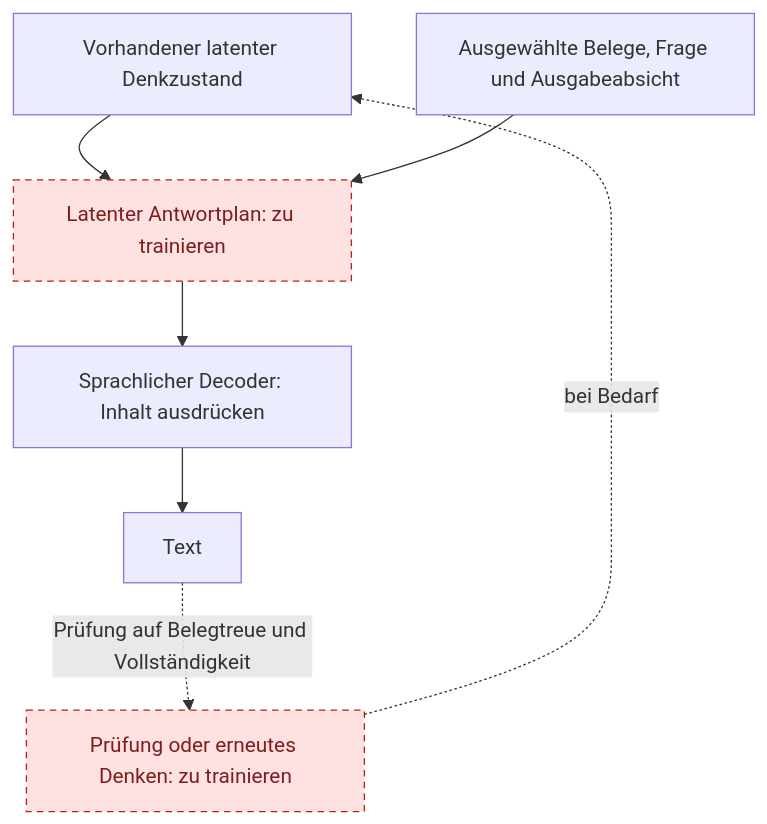
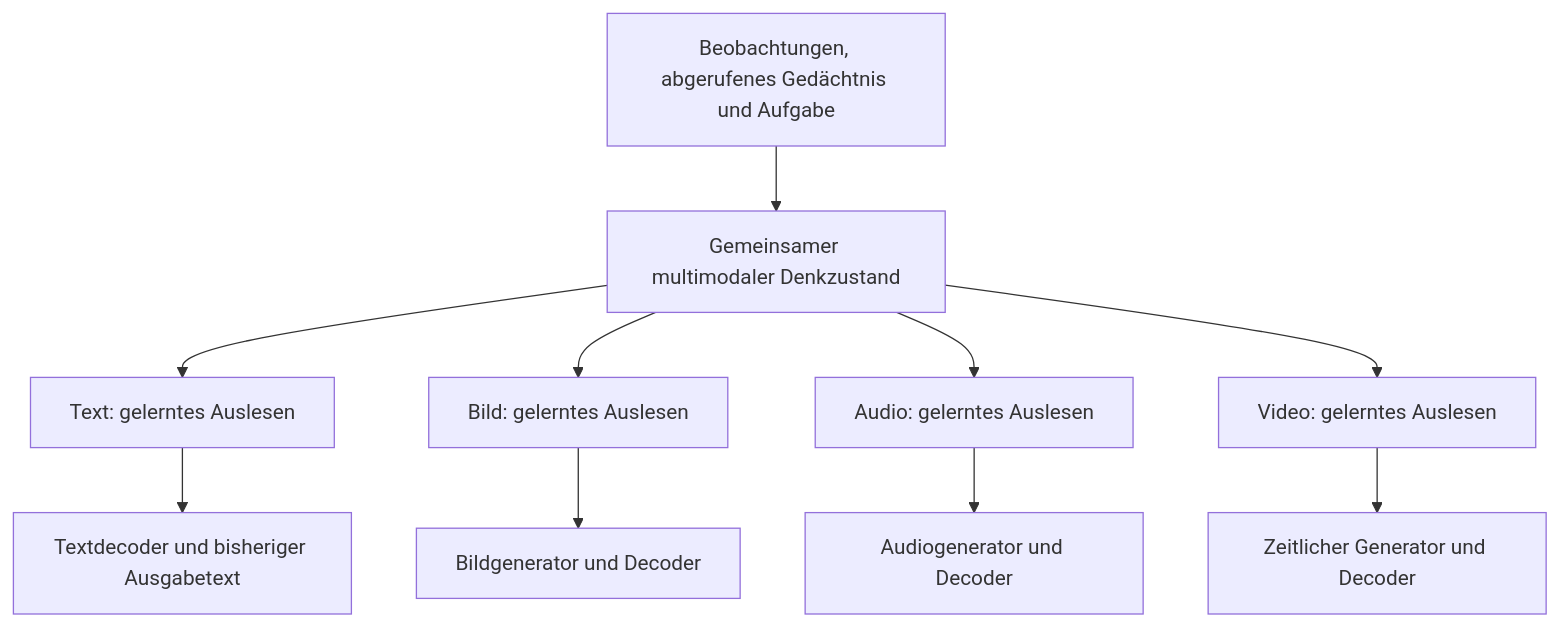
The third of 4 diagrams in docs/latent-core.md (intrinsicD/path-wm), drawn with Mermaid before and after one commit. The commit also changed other lines of this file and 8 other files, not shown here.

````diff
--- a/docs/latent-core.md
+++ b/docs/latent-core.md
@@ -82,11 +88,12 @@
 ```mermaid
 flowchart TD
-    W[Vorhandener latenter Denkzustand] --> P[Latenter Antwortplan: zu trainieren]
-    E[Ausgewählte Belege, Frage und Ausgabeabsicht] --> P
-    P --> L[Sprachlicher Decoder: Inhalt ausdrücken]
-    L --> O[Text]
-    O -. Prüfung auf Belegtreue und Vollständigkeit .-> K[Prüfung oder erneutes Denken: zu trainieren]
-    K -. bei Bedarf .-> W
-    classDef proposed fill:#fee2e2,stroke:#b91c1c,color:#7f1d1d,stroke-dasharray:5 4
-    class P,K proposed
+    E[Beobachtungen, abgerufenes Gedächtnis und Aufgabe] --> W[Gemeinsamer multimodaler Denkzustand]
+    W --> T[Text: gelerntes Auslesen]
+    W --> I[Bild: gelerntes Auslesen]
+    W --> A[Audio: gelerntes Auslesen]
+    W --> V[Video: gelerntes Auslesen]
+    T --> TD[Textdecoder und bisheriger Ausgabetext]
+    I --> ID[Bildgenerator und Decoder]
+    A --> AD[Audiogenerator und Decoder]
+    V --> VD[Zeitlicher Generator und Decoder]
 ```
````
